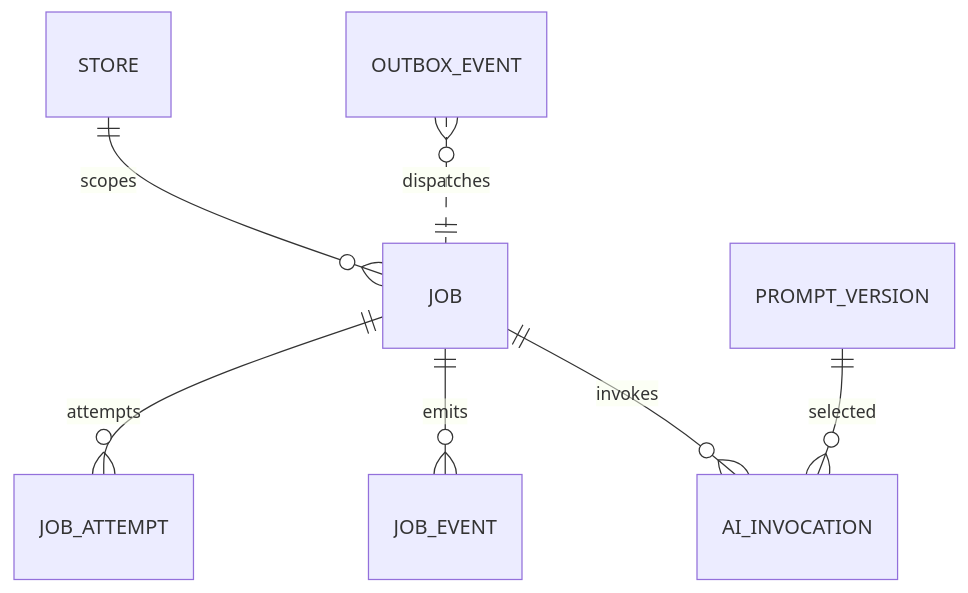
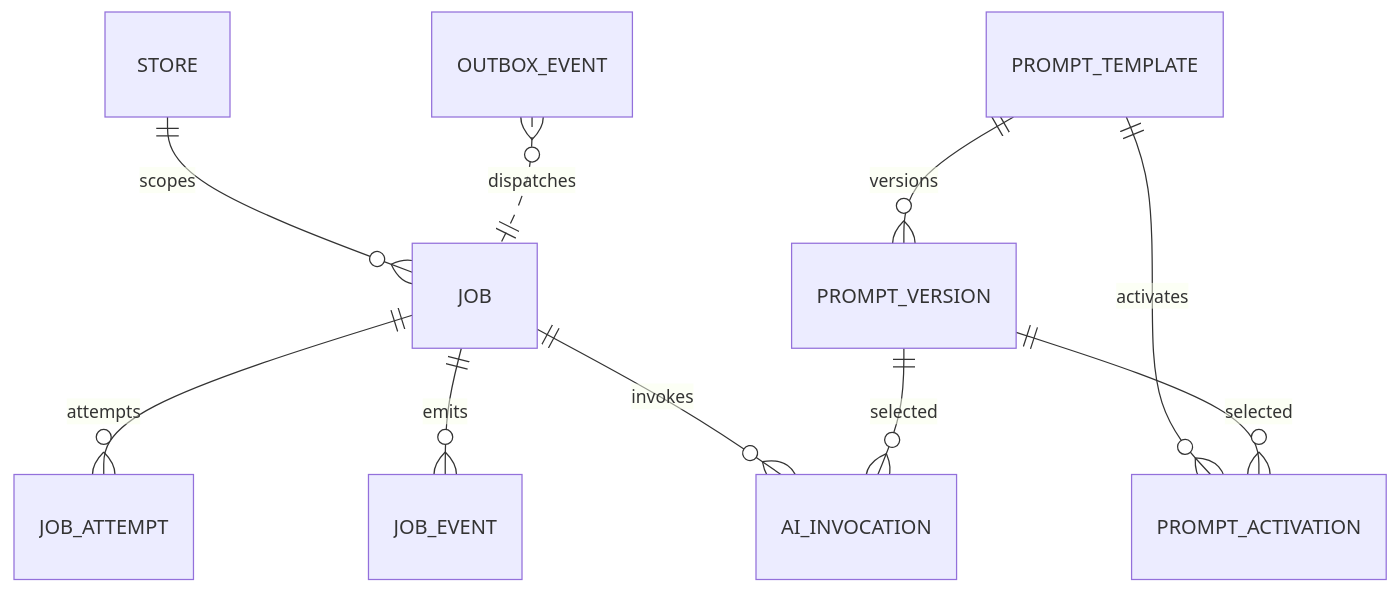
Before and after one commit to dujiu1024-dotcom/Smart-Marketing: the fourth of 4 diagrams in docs/CORE_DATA_MODEL_AND_API_SCHEMAS_V1.md, drawn with Mermaid. The commit also changed other lines of this file, not shown here.

Commit message:
docs(schema): add global prompt version entities and constraints

````diff
--- a/docs/CORE_DATA_MODEL_AND_API_SCHEMAS_V1.md
+++ b/docs/CORE_DATA_MODEL_AND_API_SCHEMAS_V1.md
@@ -111,9 +111,12 @@
 ```mermaid
 erDiagram
   STORE ||--o{ JOB : scopes
   JOB ||--o{ JOB_ATTEMPT : attempts
   JOB ||--o{ JOB_EVENT : emits
   JOB ||--o{ AI_INVOCATION : invokes
   OUTBOX_EVENT }o..|| JOB : dispatches
+  PROMPT_TEMPLATE ||--o{ PROMPT_VERSION : versions
+  PROMPT_TEMPLATE ||--o{ PROMPT_ACTIVATION : activates
+  PROMPT_VERSION ||--o{ PROMPT_ACTIVATION : selected
   PROMPT_VERSION ||--o{ AI_INVOCATION : selected
 ```
````
